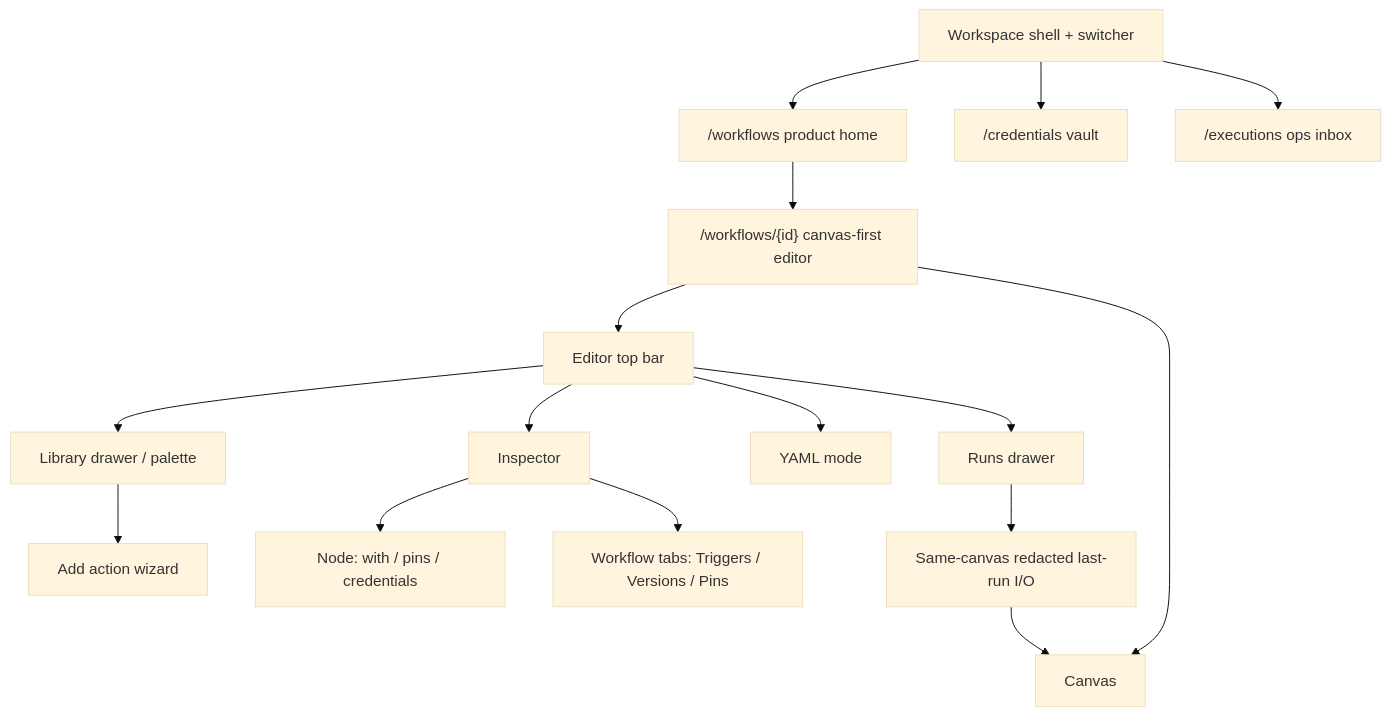
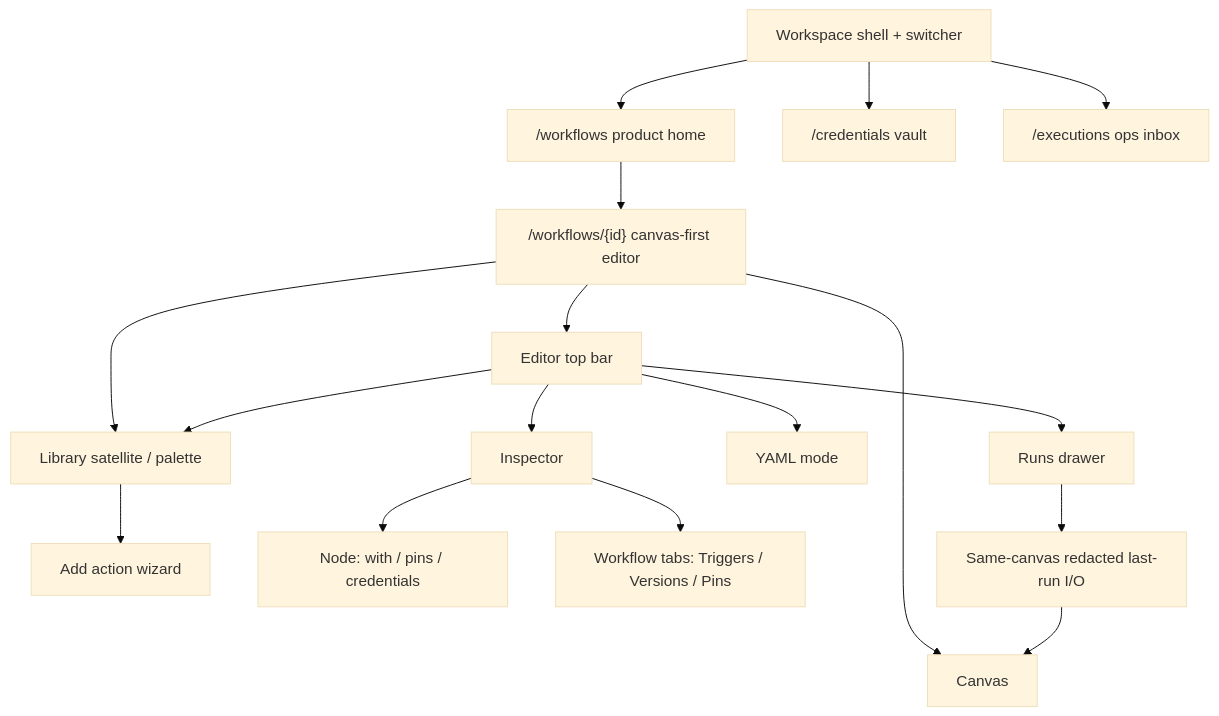
The diagram in docs/reference/frontend-ui.md (bbengt1/flowforge), drawn with Mermaid (base theme) before and after one commit. The commit also changed other lines of this file and 9 other files, not shown here.

First line of the commit message:
R2.1: remember-open action palette satellite on the editor (#239)

````diff
--- a/docs/reference/frontend-ui.md
+++ b/docs/reference/frontend-ui.md
@@ -15,34 +15,35 @@
 ```mermaid
 flowchart TB
   Shell[Workspace shell + switcher]
   Home["/workflows product home"]
   Editor["/workflows/{id} canvas-first editor"]
   Vault["/credentials vault"]
   Inbox["/executions ops inbox"]
   Bar[Editor top bar]
   Canvas[Canvas]
-  Lib[Library drawer / palette]
+  Lib[Library satellite / palette]
   Insp[Inspector]
   Yaml[YAML mode]
   Runs[Runs drawer]
   Wizard[Add action wizard]
   NodeInsp["Node: with / pins / credentials"]
   WfTabs["Workflow tabs: Triggers / Versions / Pins"]
   Overlay[Same-canvas redacted last-run I/O]
 
   Shell --> Home
   Shell --> Vault
   Shell --> Inbox
   Home --> Editor
   Editor --> Bar
   Editor --> Canvas
+  Editor --> Lib
   Bar --> Lib
   Bar --> Insp
   Bar --> Yaml
   Bar --> Runs
   Lib --> Wizard
   Insp --> NodeInsp
   Insp --> WfTabs
   Runs --> Overlay
   Overlay --> Canvas
 ```
````
